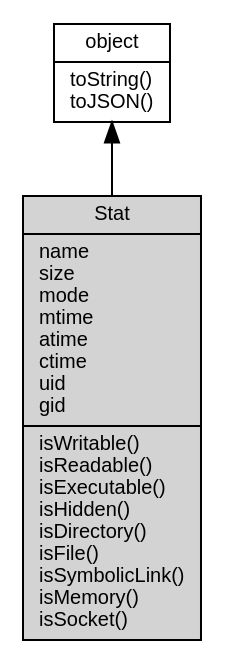
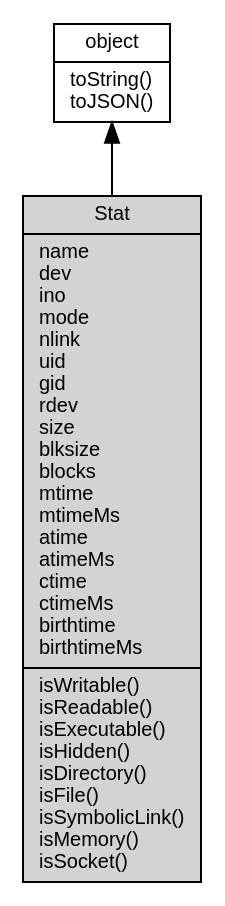
The diagram in docs/manual/object/ifs/Stat.md (fibjs/fibjs.org), drawn with Graphviz before and after one commit. The commit also changed other lines of this file and 216 other files, not shown here.

````diff
--- a/docs/manual/object/ifs/Stat.md
+++ b/docs/manual/object/ifs/Stat.md
@@ -7,10 +7,10 @@
 ```dot
 digraph {
     node [fontname="Helvetica,sans-Serif", fontsize=10, shape="record", style="filled", fillcolor="white"];
 
     object [tooltip="object", URL="object.md", label="{object|toString()\ltoJSON()\l}"];
-    Stat [tooltip="Stat", fillcolor="lightgray", id="me", label="{Stat|name\lsize\lmode\lmtime\latime\lctime\luid\lgid\l|isWritable()\lisReadable()\lisExecutable()\lisHidden()\lisDirectory()\lisFile()\lisSymbolicLink()\lisMemory()\lisSocket()\l}"];
+    Stat [tooltip="Stat", fillcolor="lightgray", id="me", label="{Stat|name\ldev\lino\lmode\lnlink\luid\lgid\lrdev\lsize\lblksize\lblocks\lmtime\lmtimeMs\latime\latimeMs\lctime\lctimeMs\lbirthtime\lbirthtimeMs\l|isWritable()\lisReadable()\lisExecutable()\lisHidden()\lisDirectory()\lisFile()\lisSymbolicLink()\lisMemory()\lisSocket()\l}"];
 
     object -> Stat [dir=back];
 }
 ```
````
